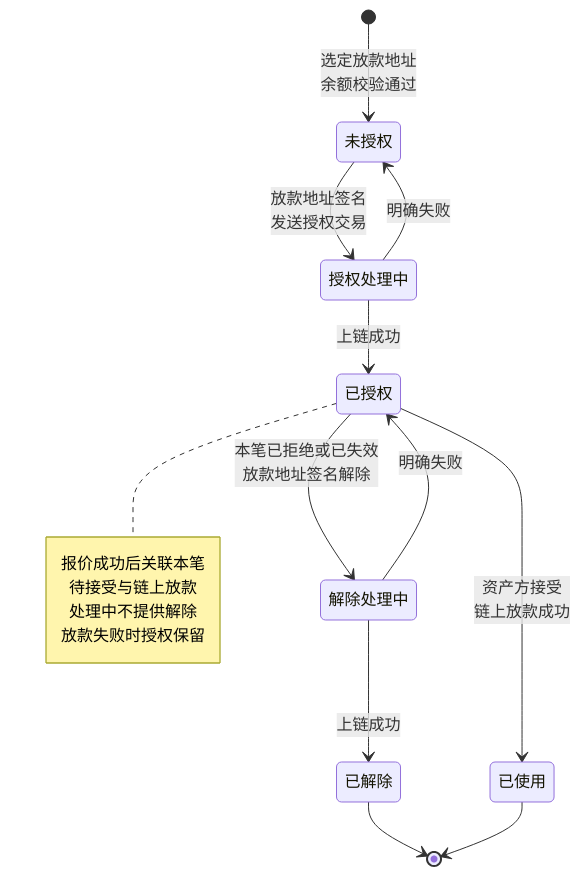
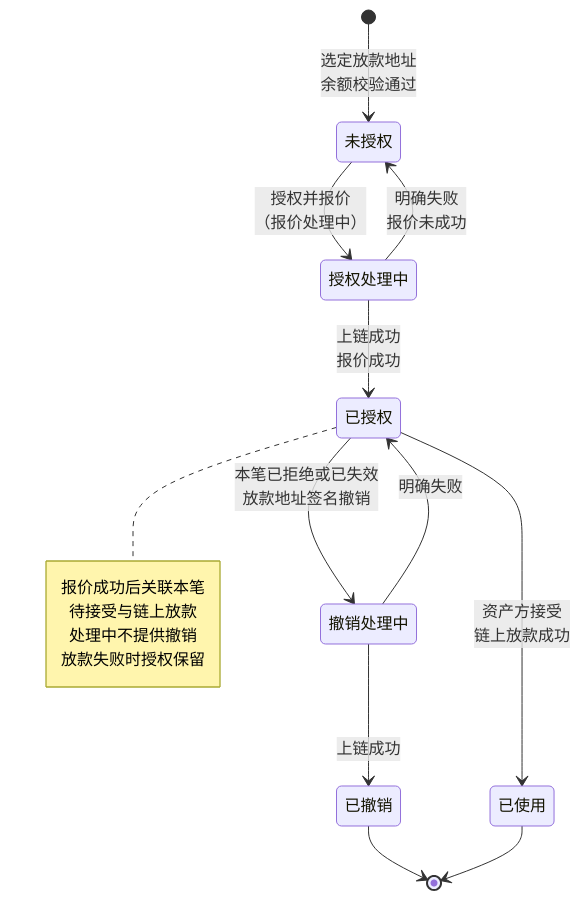
One commit to wxblockchain/Chain-Financing changed the tenth of 10 diagrams in lending-platform/PRD/面客端/06-借贷广场-授信报价与接受拒绝/02-授信报价与接受拒绝-流程图与状态机.md. Above: the diagram before and after it, drawn with Mermaid. The commit also changed other lines of this file and 5 other files, not shown here.

````diff
--- a/lending-platform/PRD/面客端/06-借贷广场-授信报价与接受拒绝/02-授信报价与接受拒绝-流程图与状态机.md
+++ b/lending-platform/PRD/面客端/06-借贷广场-授信报价与接受拒绝/02-授信报价与接受拒绝-流程图与状态机.md
@@ -267,25 +269,25 @@
 ```mermaid
 stateDiagram-v2
   state "未授权" as NONE
   state "授权处理中" as GRANTING
   state "已授权" as GRANTED
-  state "解除处理中" as REVOKING
-  state "已解除" as REVOKED
+  state "撤销处理中" as REVOKING
+  state "已撤销" as REVOKED
   state "已使用" as USED
   [*] --> NONE: 选定放款地址<br/>余额校验通过
-  NONE --> GRANTING: 放款地址签名<br/>发送授权交易
-  GRANTING --> NONE: 明确失败
-  GRANTING --> GRANTED: 上链成功
-  GRANTED --> REVOKING: 本笔已拒绝或已失效<br/>放款地址签名解除
+  NONE --> GRANTING: 授权并报价<br/>（报价处理中）
+  GRANTING --> NONE: 明确失败<br/>报价未成功
+  GRANTING --> GRANTED: 上链成功<br/>报价成功
+  GRANTED --> REVOKING: 本笔已拒绝或已失效<br/>放款地址签名撤销
   REVOKING --> GRANTED: 明确失败
   REVOKING --> REVOKED: 上链成功
   GRANTED --> USED: 资产方接受<br/>链上放款成功
   REVOKED --> [*]
   USED --> [*]
   note right of GRANTED
     报价成功后关联本笔
     待接受与链上放款
-    处理中不提供解除
+    处理中不提供撤销
     放款失败时授权保留
   end note
 ```
````
